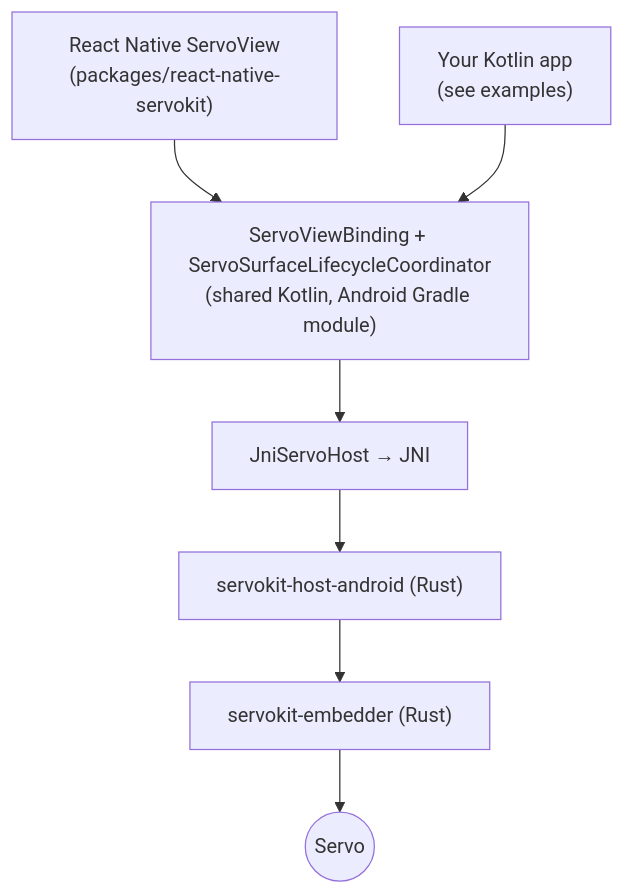
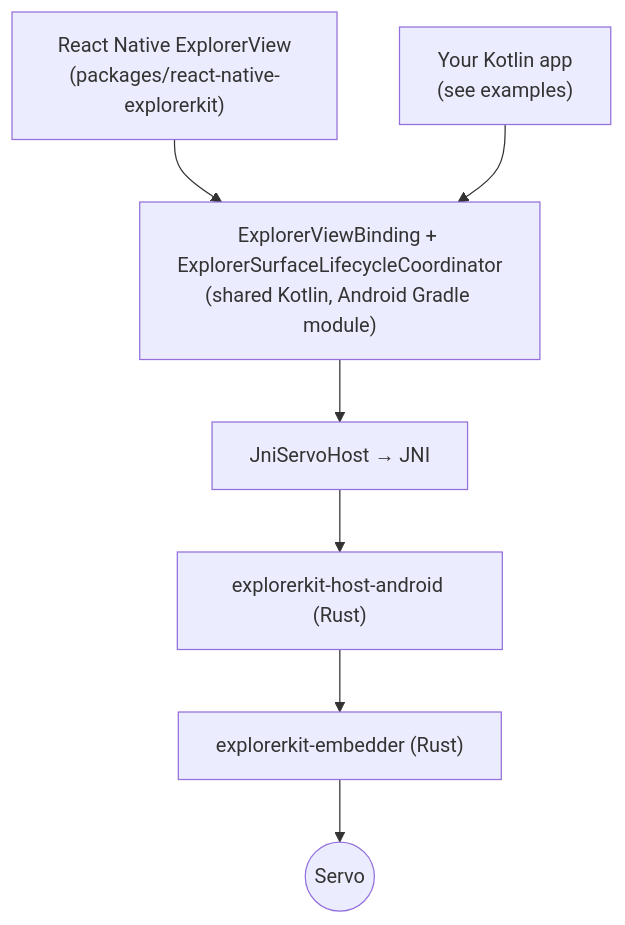
Before and after one commit to KeplerBrowser/ServoKit: the diagram in docs/platforms/android.md, drawn with Mermaid. The commit also changed other lines of this file and 397 other files, not shown here.

First line of the commit message:
refactor!: rename ServoKit to ExplorerKit

````diff
--- a/docs/platforms/android.md
+++ b/docs/platforms/android.md
@@ -14,9 +14,9 @@
 ```mermaid
 flowchart TD
-  rn["React Native ServoView<br/>(packages/react-native-servokit)"] --> binding
+  rn["React Native ExplorerView<br/>(packages/react-native-explorerkit)"] --> binding
   kotlin["Your Kotlin app<br/>(see examples)"] --> binding
-  binding["ServoViewBinding + ServoSurfaceLifecycleCoordinator<br/>(shared Kotlin, Android Gradle module)"] --> jni["JniServoHost → JNI"]
-  jni --> host["servokit-host-android (Rust)"]
-  host --> embedder["servokit-embedder (Rust)"]
+  binding["ExplorerViewBinding + ExplorerSurfaceLifecycleCoordinator<br/>(shared Kotlin, Android Gradle module)"] --> jni["JniServoHost → JNI"]
+  jni --> host["explorerkit-host-android (Rust)"]
+  host --> embedder["explorerkit-embedder (Rust)"]
   embedder --> servo(("Servo"))
 ```
````
